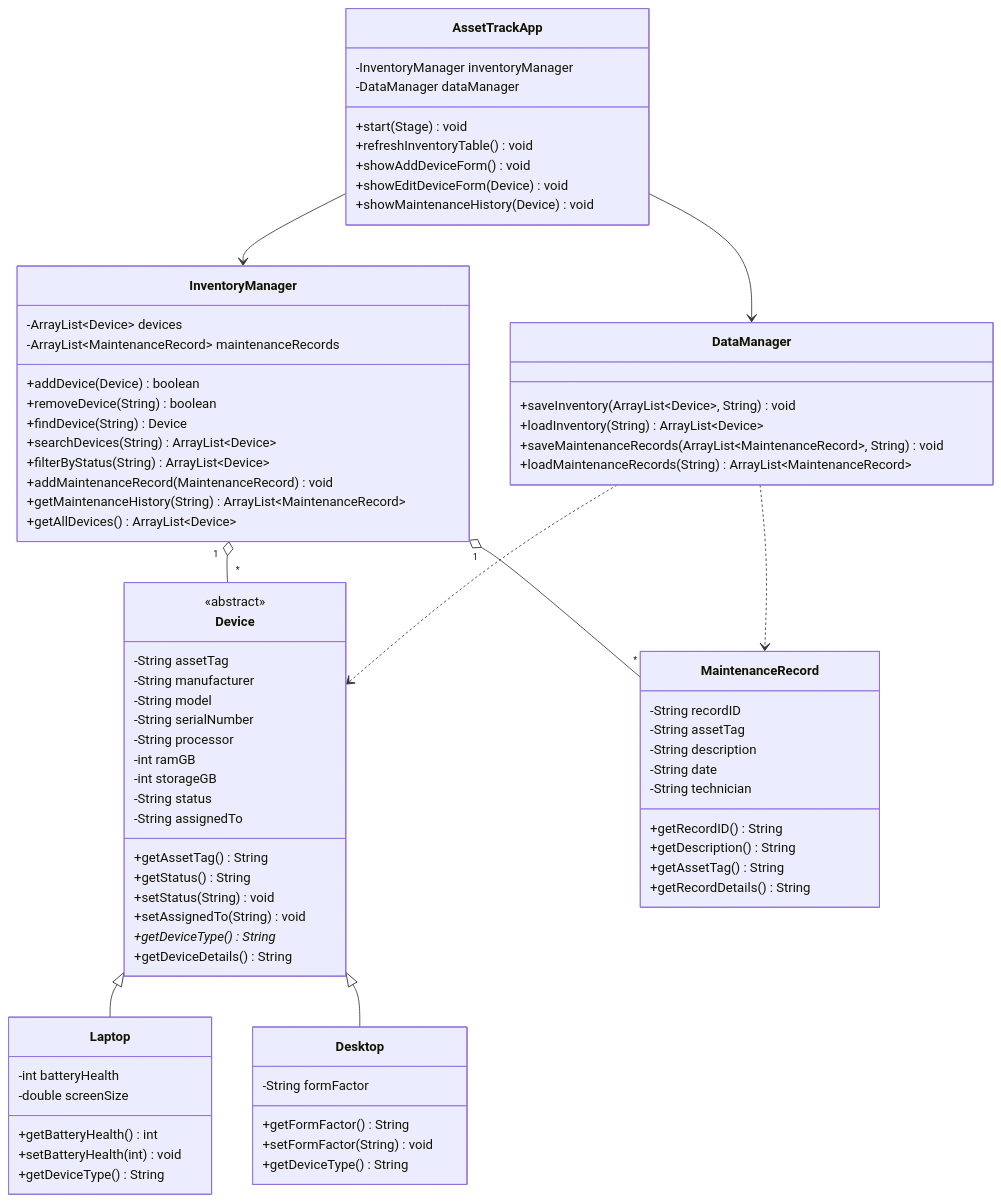
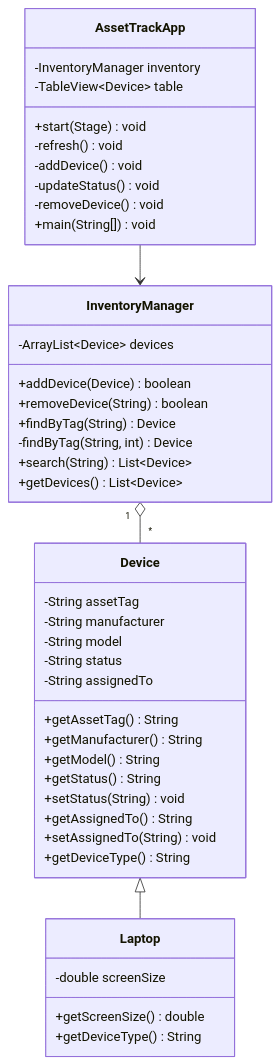
The diagram in README.md (Bax7240/AssetTrack), drawn with Mermaid before and after one commit. The commit also changed other lines of this file and 9 other files, not shown here.

Commit message:
Simplify AssetTrack to four-class JavaFX course project

````diff
--- a/README.md
+++ b/README.md
@@ -113,87 +44,45 @@
 ```mermaid
 classDiagram
     class Device {
-        <<abstract>>
         -String assetTag
         -String manufacturer
         -String model
-        -String serialNumber
-        -String processor
-        -int ramGB
-        -int storageGB
         -String status
         -String assignedTo
         +getAssetTag() String
+        +getManufacturer() String
+        +getModel() String
         +getStatus() String
         +setStatus(String) void
+        +getAssignedTo() String
         +setAssignedTo(String) void
-        +getDeviceType()* String
-        +getDeviceDetails() String
-    }
-
-    class Laptop {
-        -int batteryHealth
-        -double screenSize
-        +getBatteryHealth() int
-        +setBatteryHealth(int) void
         +getDeviceType() String
     }
-
-    class Desktop {
-        -String formFactor
-        +getFormFactor() String
-        +setFormFactor(String) void
+    class Laptop {
+        -double screenSize
+        +getScreenSize() double
         +getDeviceType() String
     }
-
-    class MaintenanceRecord {
-        -String recordID
-        -String assetTag
-        -String description
-        -String date
-        -String technician
-        +getRecordID() String
-        +getDescription() String
-        +getAssetTag() String
-        +getRecordDetails() String
-    }
-
     class InventoryManager {
         -ArrayList~Device~ devices
-        -ArrayList~MaintenanceRecord~ maintenanceRecords
         +addDevice(Device) boolean
         +removeDevice(String) boolean
-        +findDevice(String) Device
-        +searchDevices(String) ArrayList~Device~
-        +filterByStatus(String) ArrayList~Device~
-        +addMaintenanceRecord(MaintenanceRecord) void
-        +getMaintenanceHistory(String) ArrayList~MaintenanceRecord~
-        +getAllDevices() ArrayList~Device~
+        +findByTag(String) Device
+        -findByTag(String, int) Device
+        +search(String) List~Device~
+        +getDevices() List~Device~
     }
-
-    class DataManager {
-        +saveInventory(ArrayList~Device~, String) void
-        +loadInventory(String) ArrayList~Device~
-        +saveMaintenanceRecords(ArrayList~MaintenanceRecord~, String) void
-        +loadMaintenanceRecords(String) ArrayList~MaintenanceRecord~
+    class AssetTrackApp {
+        -InventoryManager inventory
+        -TableView~Device~ table
+        +start(Stage) void
+        -refresh() void
+        -addDevice() void
+        -updateStatus() void
+        -removeDevice() void
+        +main(String[]) void
     }
-
-    class AssetTrackApp {
-        -InventoryManager inventoryManager
-        -DataManager dataManager
-        +start(Stage) void
-        +refreshInventoryTable() void
-        +showAddDeviceForm() void
-        +showEditDeviceForm(Device) void
-        +showMaintenanceHistory(Device) void
-    }
-
     Device <|-- Laptop
-    Device <|-- Desktop
     InventoryManager "1" o-- "*" Device
-    InventoryManager "1" o-- "*" MaintenanceRecord
     AssetTrackApp --> InventoryManager
-    AssetTrackApp --> DataManager
-    DataManager ..> Device
-    DataManager ..> MaintenanceRecord
 ```
````
